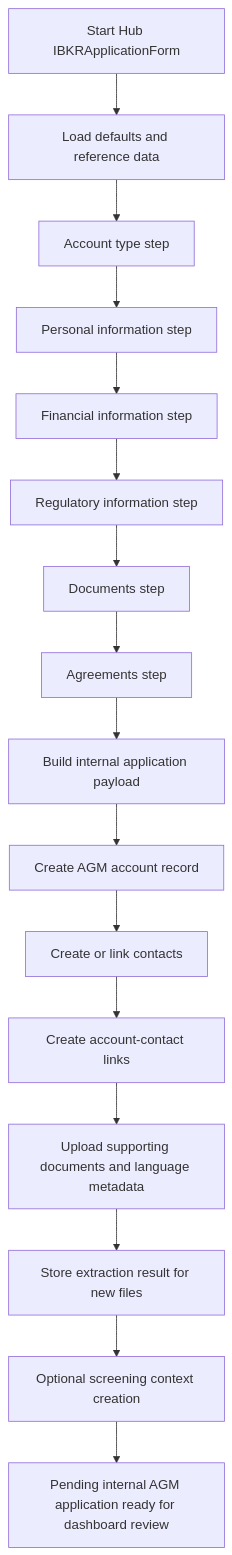
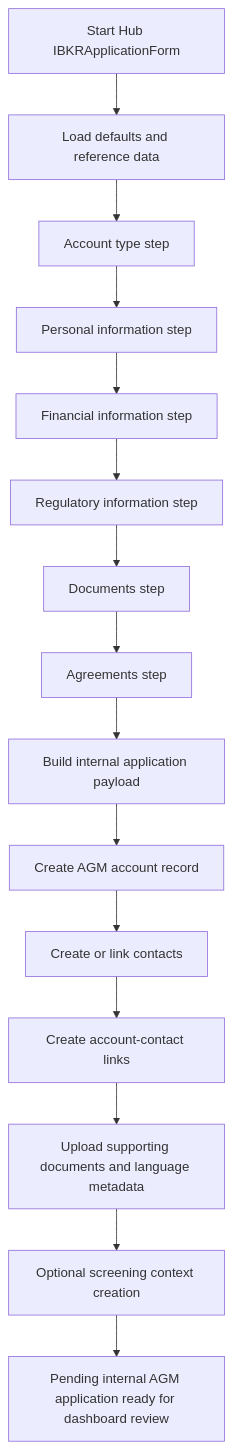
The diagram in processes/09-account-opening-and-agm-account-creation.md (agmtrader/compliance), drawn with Mermaid before and after one commit. The commit also changed other lines of this file and 5 other files, not shown here.

````diff
--- a/processes/09-account-opening-and-agm-account-creation.md
+++ b/processes/09-account-opening-and-agm-account-creation.md
@@ -41,18 +41,17 @@
 ```mermaid
 flowchart TD
     A["Start Hub IBKRApplicationForm"] --> B["Load defaults and reference data"]
     B --> C["Account type step"]
     C --> D["Personal information step"]
     D --> E["Financial information step"]
     E --> F["Regulatory information step"]
     F --> G["Documents step"]
     G --> H["Agreements step"]
     H --> I["Build internal application payload"]
     I --> J["Create AGM account record"]
     J --> K["Create or link contacts"]
     K --> L["Create account-contact links"]
     L --> M["Upload supporting documents and language metadata"]
-    M --> N["Store extraction result for new files"]
-    N --> O["Optional screening context creation"]
+    M --> O["Optional screening context creation"]
     O --> P["Pending internal AGM application ready for dashboard review"]
 ```
````
